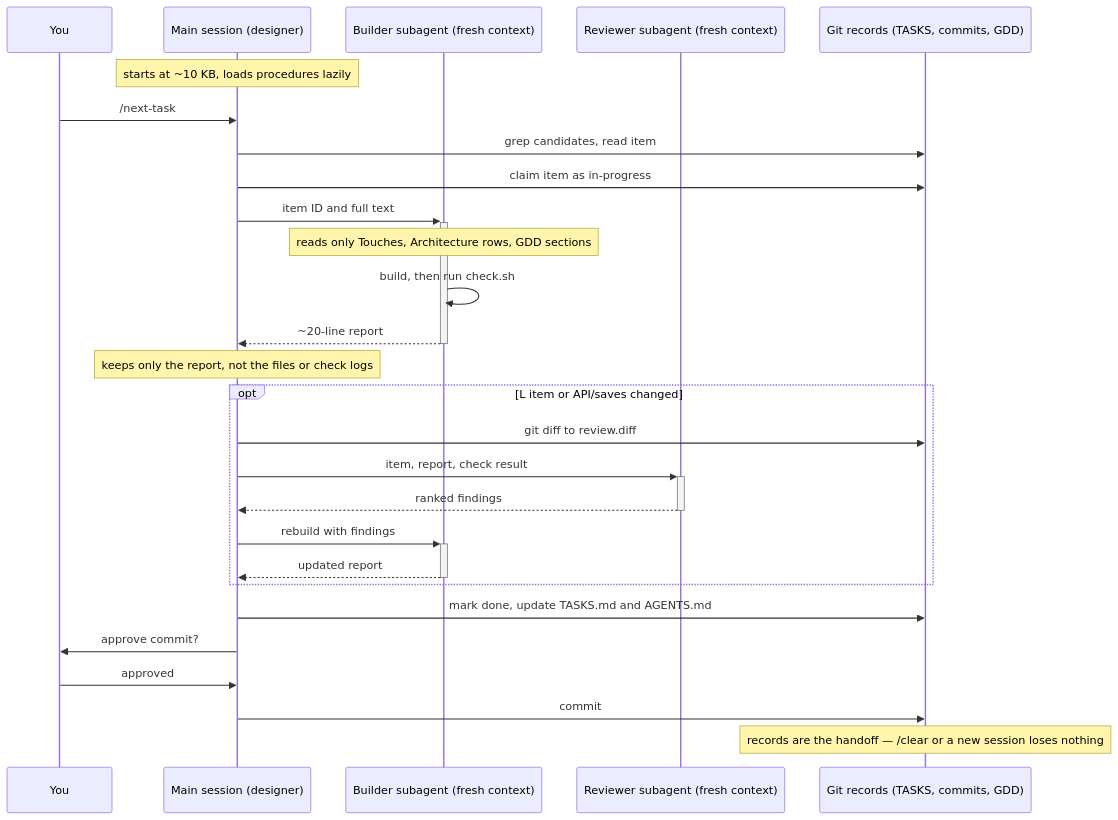
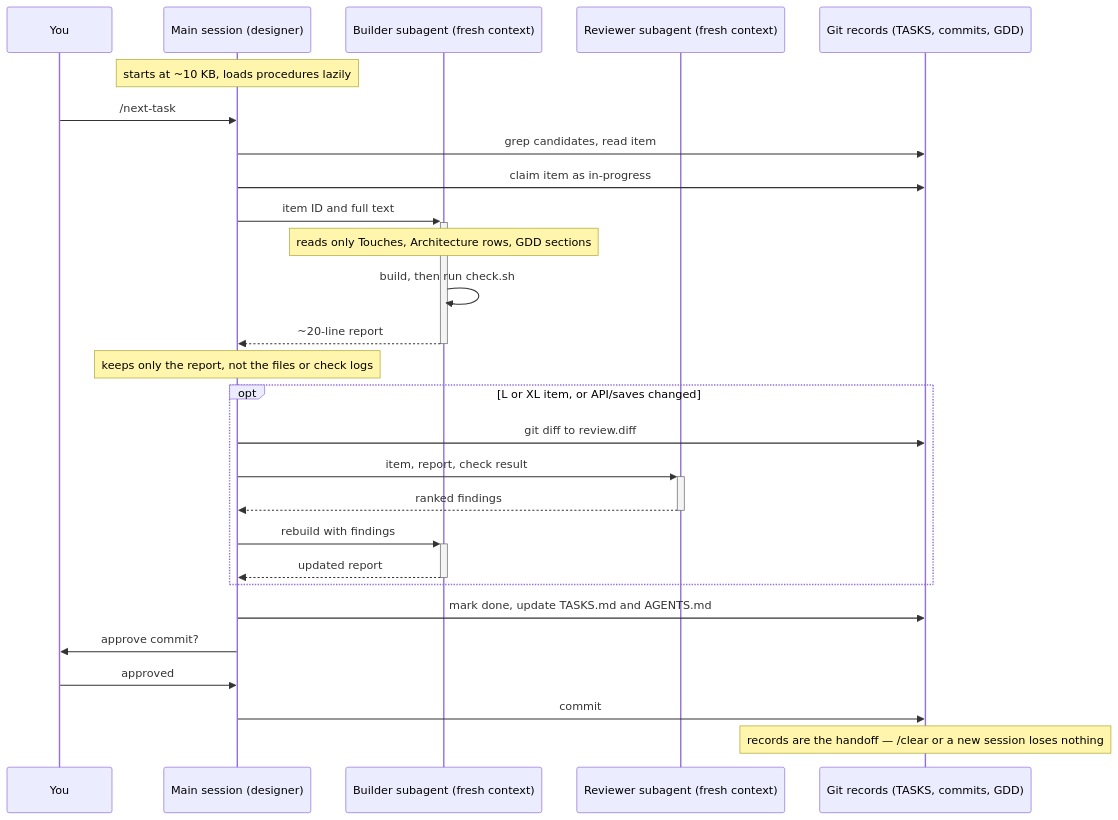
One commit to Freakling/Godot-Director changed the diagram in README.md. Above: the diagram before and after it, drawn with Mermaid. The commit also changed 2 other files, not shown here.

Commit message:
docs: align XS/XL and model sizing references across all files
- README Mermaid diagram: opt block now includes XL items for review
- project/AGENTS.md seed: model sizing example comment updated from
  "default off" to "recommended on"
- ONBOARDING.md 1.x migration table: size guidance updated to XS/S/M/L/XL

````diff
--- a/README.md
+++ b/README.md
@@ -165,34 +165,34 @@
 ```mermaid
 sequenceDiagram
     participant H as You
     participant M as Main session (designer)
     participant B as Builder subagent (fresh context)
     participant Rev as Reviewer subagent (fresh context)
     participant R as Git records (TASKS, commits, GDD)
 
     Note over M: starts at ~10 KB, loads procedures lazily
 
     H->>M: /next-task
     M->>R: grep candidates, read item
     M->>R: claim item as in-progress
     M->>+B: item ID and full text
     Note over B: reads only Touches, Architecture rows, GDD sections
     B->>B: build, then run check.sh
     B-->>-M: ~20-line report
     Note over M: keeps only the report, not the files or check logs
 
-    opt L item or API/saves changed
+    opt L or XL item, or API/saves changed
         M->>R: git diff to review.diff
         M->>+Rev: item, report, check result
         Rev-->>-M: ranked findings
         M->>+B: rebuild with findings
         B-->>-M: updated report
     end
 
     M->>R: mark done, update TASKS.md and AGENTS.md
     M->>H: approve commit?
     H->>M: approved
     M->>R: commit
 
     Note over R: records are the handoff — /clear or a new session loses nothing
 ```
````
